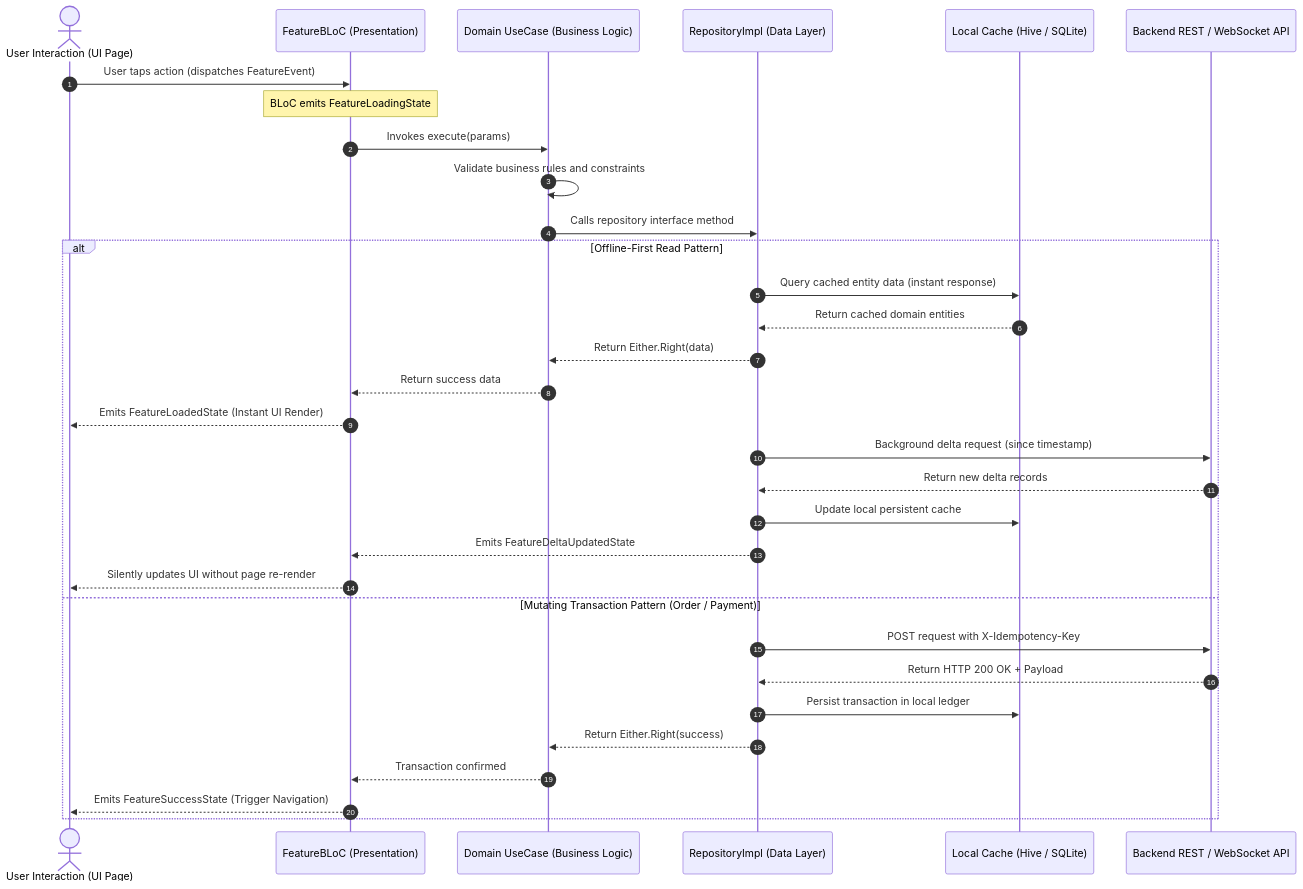
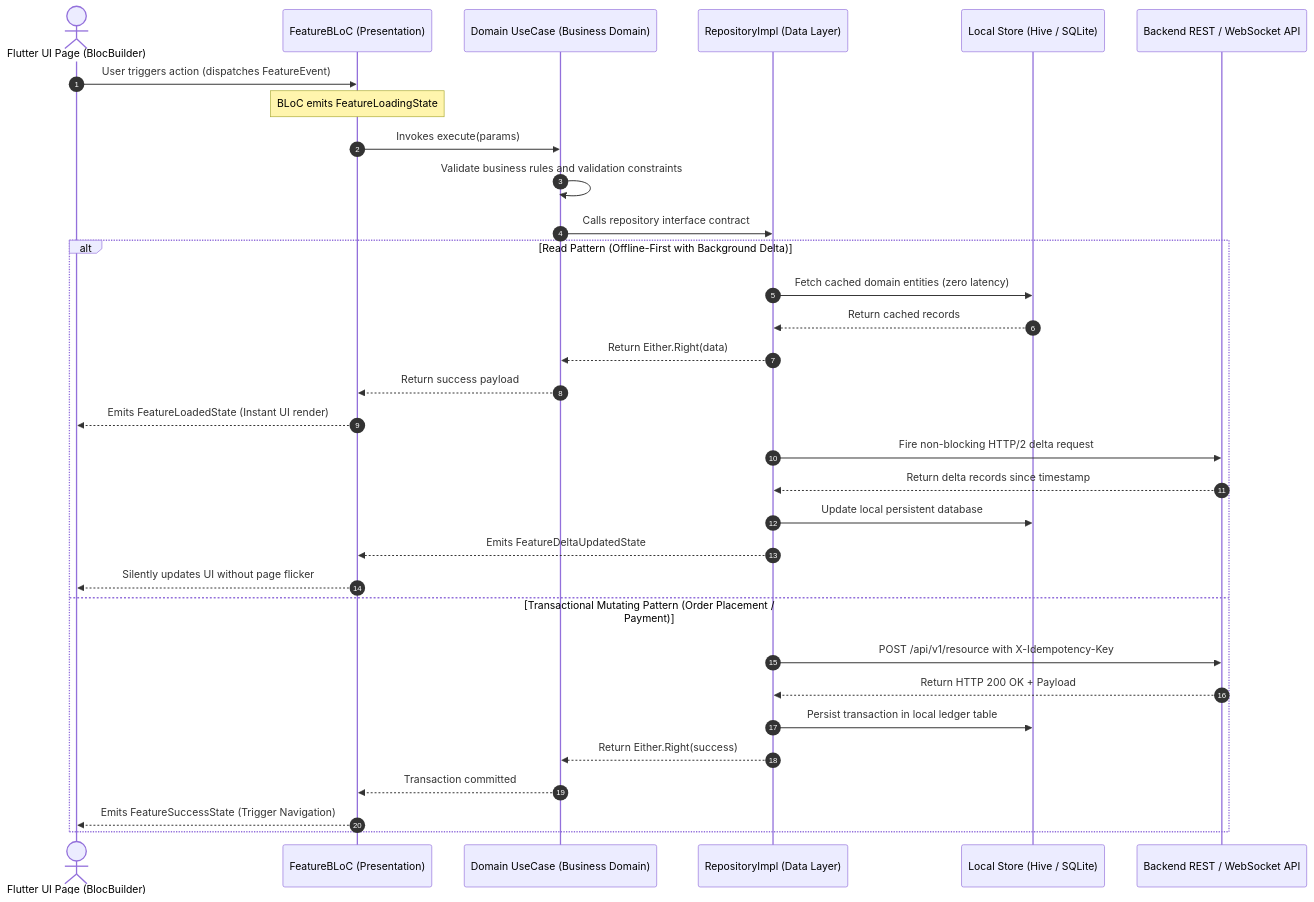
One commit to programmerfiroz/all-in-one changed the sixth of 17 diagrams in docs/06_visual_hierarchy_and_flows/high_level_visual_hierarchy.md. Above: the diagram before and after it, drawn with Mermaid. The commit also changed other lines of this file, not shown here.

Commit message:
docs: finalize exhaustive visual hierarchy blueprint (VHB-IND-V1.1) with 17 verified mermaid diagrams

````diff
--- a/docs/06_visual_hierarchy_and_flows/high_level_visual_hierarchy.md
+++ b/docs/06_visual_hierarchy_and_flows/high_level_visual_hierarchy.md
@@ -123,37 +201,37 @@
 ```mermaid
 sequenceDiagram
     autonumber
-    actor User as User Interaction (UI Page)
+    actor Screen as Flutter UI Page (BlocBuilder)
     participant Bloc as FeatureBLoC (Presentation)
-    participant UseCase as Domain UseCase (Business Logic)
+    participant UseCase as Domain UseCase (Business Domain)
     participant Repo as RepositoryImpl (Data Layer)
-    participant LocalCache as Local Cache (Hive / SQLite)
+    participant LocalDB as Local Store (Hive / SQLite)
     participant RemoteAPI as Backend REST / WebSocket API
 
-    User->>Bloc: User taps action (dispatches FeatureEvent)
+    Screen->>Bloc: User triggers action (dispatches FeatureEvent)
     Note over Bloc: BLoC emits FeatureLoadingState
     Bloc->>UseCase: Invokes execute(params)
-    UseCase->>UseCase: Validate business rules and constraints
-    UseCase->>Repo: Calls repository interface method
+    UseCase->>UseCase: Validate business rules and validation constraints
+    UseCase->>Repo: Calls repository interface contract
     
-    alt Offline-First Read Pattern
-        Repo->>LocalCache: Query cached entity data (instant response)
-        LocalCache-->>Repo: Return cached domain entities
+    alt Read Pattern (Offline-First with Background Delta)
+        Repo->>LocalDB: Fetch cached domain entities (zero latency)
+        LocalDB-->>Repo: Return cached records
         Repo-->>UseCase: Return Either.Right(data)
-        UseCase-->>Bloc: Return success data
-        Bloc-->>User: Emits FeatureLoadedState (Instant UI Render)
+        UseCase-->>Bloc: Return success payload
+        Bloc-->>Screen: Emits FeatureLoadedState (Instant UI render)
         
-        Repo->>RemoteAPI: Background delta request (since timestamp)
-        RemoteAPI-->>Repo: Return new delta records
-        Repo->>LocalCache: Update local persistent cache
+        Repo->>RemoteAPI: Fire non-blocking HTTP/2 delta request
+        RemoteAPI-->>Repo: Return delta records since timestamp
+        Repo->>LocalDB: Update local persistent database
         Repo-->>Bloc: Emits FeatureDeltaUpdatedState
-        Bloc-->>User: Silently updates UI without page re-render
-    else Mutating Transaction Pattern (Order / Payment)
-        Repo->>RemoteAPI: POST request with X-Idempotency-Key
+        Bloc-->>Screen: Silently updates UI without page flicker
+    else Transactional Mutating Pattern (Order Placement / Payment)
+        Repo->>RemoteAPI: POST /api/v1/resource with X-Idempotency-Key
         RemoteAPI-->>Repo: Return HTTP 200 OK + Payload
-        Repo->>LocalCache: Persist transaction in local ledger
+        Repo->>LocalDB: Persist transaction in local ledger table
         Repo-->>UseCase: Return Either.Right(success)
-        UseCase-->>Bloc: Transaction confirmed
-        Bloc-->>User: Emits FeatureSuccessState (Trigger Navigation)
+        UseCase-->>Bloc: Transaction committed
+        Bloc-->>Screen: Emits FeatureSuccessState (Trigger Navigation)
     end
 ```
````
